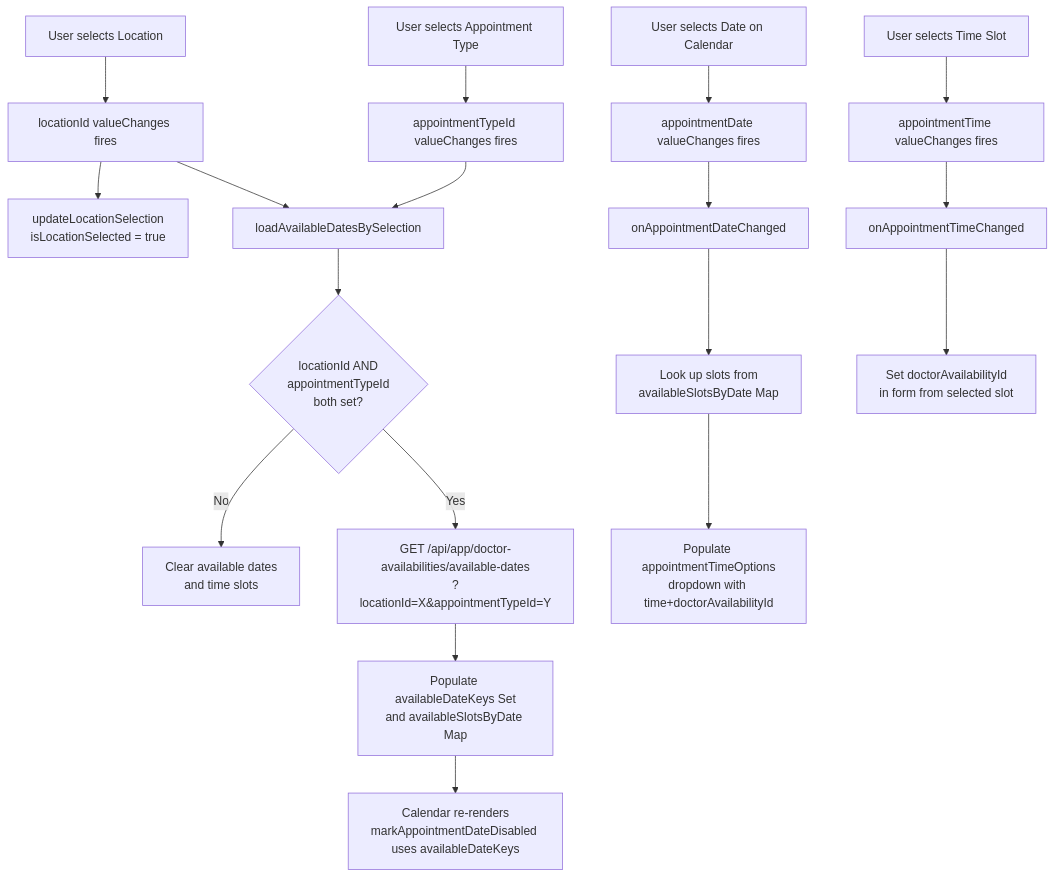
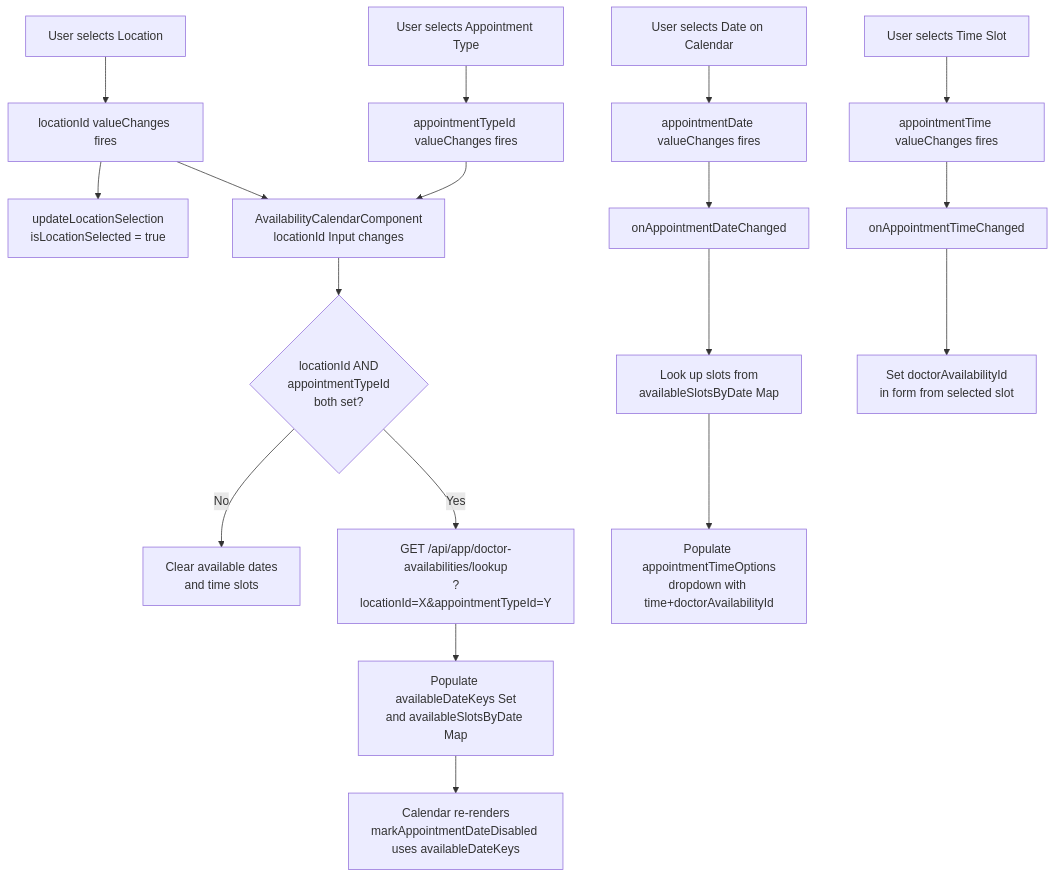
The first of 2 diagrams in docs/frontend/APPOINTMENT-BOOKING-FLOW.md (gesco-healthcare-support/hcs-patient-portal), drawn with Mermaid before and after one commit. The commit also changed other lines of this file and 2 other files, not shown here.

First line of the commit message:
fix(appointments): remove the dead available-dates fetch and its orphans

````diff
--- a/docs/frontend/APPOINTMENT-BOOKING-FLOW.md
+++ b/docs/frontend/APPOINTMENT-BOOKING-FLOW.md
@@ -222,23 +227,23 @@
 ```mermaid
 flowchart TD
     A[User selects Location] --> B[locationId valueChanges fires]
     B --> C[updateLocationSelection<br/>isLocationSelected = true]
-    B --> D[loadAvailableDatesBySelection]
+    B --> D[AvailabilityCalendarComponent<br/>locationId Input changes]
     D --> E{locationId AND<br/>appointmentTypeId<br/>both set?}
     E -->|No| F[Clear available dates<br/>and time slots]
-    E -->|Yes| G["GET /api/app/doctor-availabilities/available-dates<br/>?locationId=X&appointmentTypeId=Y"]
+    E -->|Yes| G["GET /api/app/doctor-availabilities/lookup<br/>?locationId=X&appointmentTypeId=Y"]
     G --> H[Populate availableDateKeys Set<br/>and availableSlotsByDate Map]
     H --> I[Calendar re-renders<br/>markAppointmentDateDisabled uses availableDateKeys]
 
     J[User selects Date on Calendar] --> K[appointmentDate valueChanges fires]
     K --> L[onAppointmentDateChanged]
     L --> M[Look up slots from<br/>availableSlotsByDate Map]
     M --> N[Populate appointmentTimeOptions<br/>dropdown with time+doctorAvailabilityId]
 
     O[User selects Time Slot] --> P[appointmentTime valueChanges fires]
     P --> Q[onAppointmentTimeChanged]
     Q --> R[Set doctorAvailabilityId<br/>in form from selected slot]
 
     S[User selects Appointment Type] --> T[appointmentTypeId valueChanges fires]
     T --> D
 ```
````
